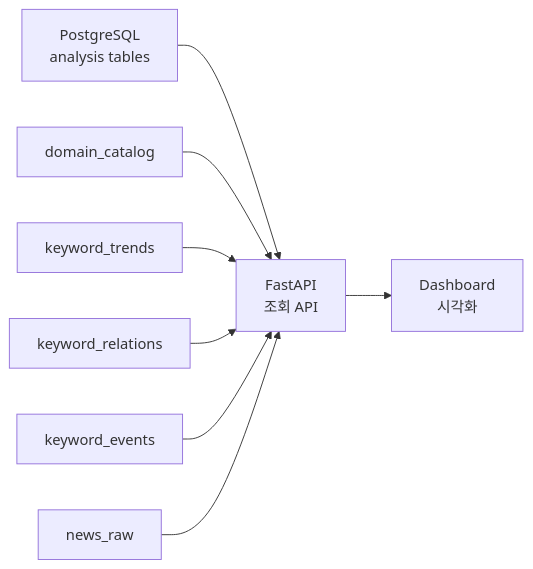
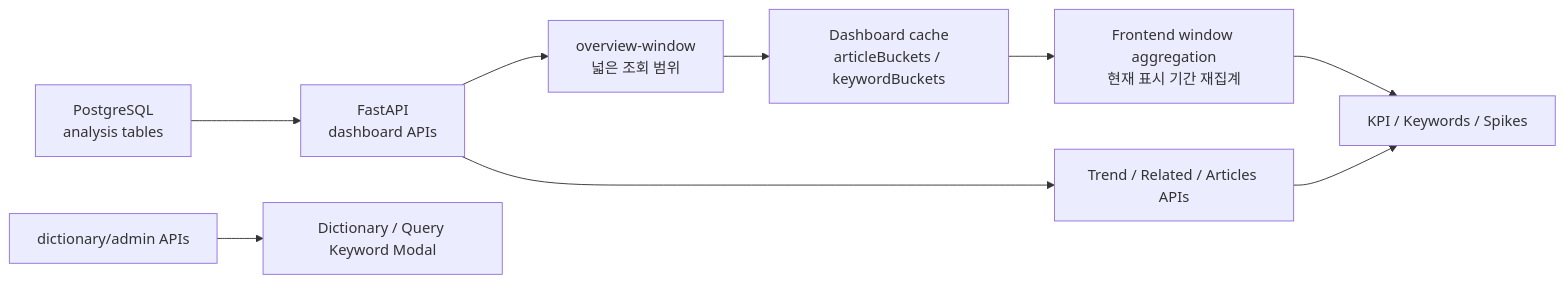
One commit to yeongmin-yu/news-trend-pipeline-dev changed the diagram in docs/design/STEP5_SERVING.md. Above: the diagram before and after it, drawn with Mermaid. The commit also changed other lines of this file, not shown here.

````diff
--- a/docs/design/STEP5_SERVING.md
+++ b/docs/design/STEP5_SERVING.md
@@ -16,11 +11,13 @@
 ```mermaid
 flowchart LR
-    A["PostgreSQL<br/>analysis tables"] --> B["FastAPI<br/>조회 API"]
-    B --> C["Dashboard<br/>시각화"]
+    A["PostgreSQL<br/>analysis tables"] --> B["FastAPI<br/>dashboard APIs"]
+    B --> C["overview-window<br/>넓은 조회 범위"]
+    C --> D["Dashboard cache<br/>articleBuckets / keywordBuckets"]
+    D --> E["Frontend window aggregation<br/>현재 표시 기간 재집계"]
+    E --> F["KPI / Keywords / Spikes"]
 
-    D["domain_catalog"] --> B
-    E["keyword_trends"] --> B
-    F["keyword_relations"] --> B
-    G["keyword_events"] --> B
-    H["news_raw"] --> B
+    B --> G["Trend / Related / Articles APIs"]
+    G --> F
+
+    H["dictionary/admin APIs"] --> I["Dictionary / Query Keyword Modal"]
 ```
````
